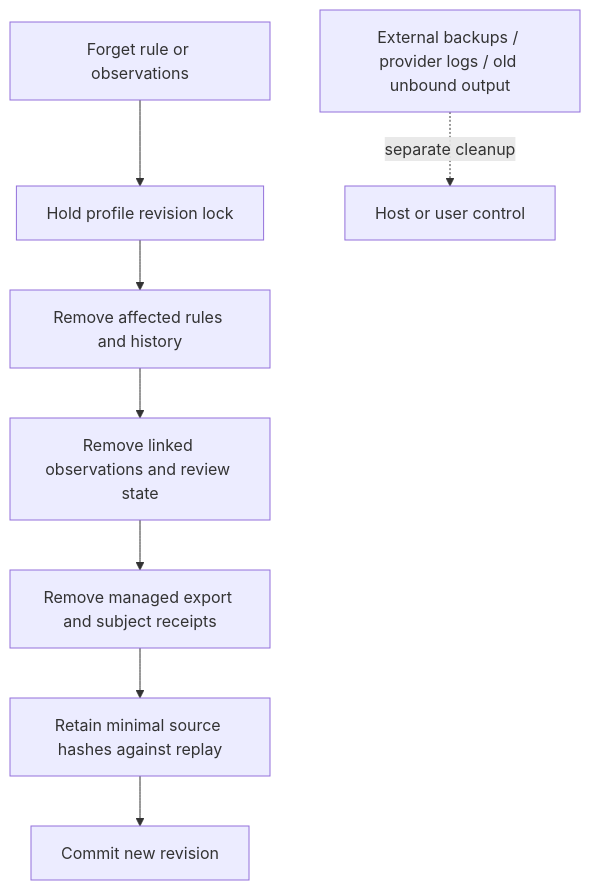
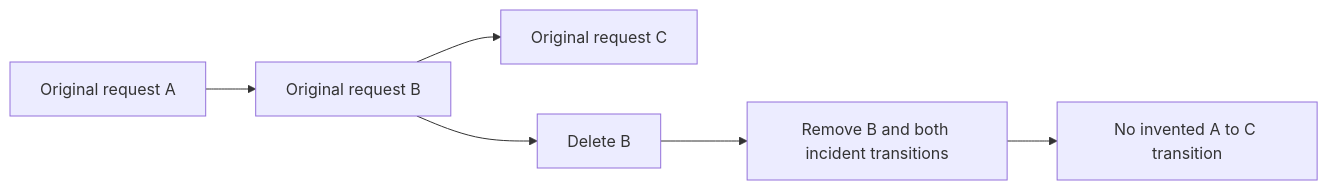
Before and after one commit to KarmenLoop/user-behavior-personalization: the second of 2 diagrams in docs/architecture.md, drawn with Mermaid. The commit also changed other lines of this file and 51 other files, not shown here.

````diff
--- a/docs/architecture.md
+++ b/docs/architecture.md
@@ -61,10 +54,8 @@
 ```mermaid
-flowchart TD
-  A[Forget rule or observations] --> B[Hold profile revision lock]
-  B --> C[Remove affected rules and history]
-  C --> D[Remove linked observations and review state]
-  D --> E[Remove managed export and subject receipts]
-  E --> F[Retain minimal source hashes against replay]
-  F --> G[Commit new revision]
-  X[External backups / provider logs / old unbound output] -. separate cleanup .-> H[Host or user control]
+flowchart LR
+  A[Original request A] --> B[Original request B]
+  B --> C[Original request C]
+  B --> D[Delete B]
+  D --> E[Remove B and both incident transitions]
+  E --> F[No invented A to C transition]
 ```
````
